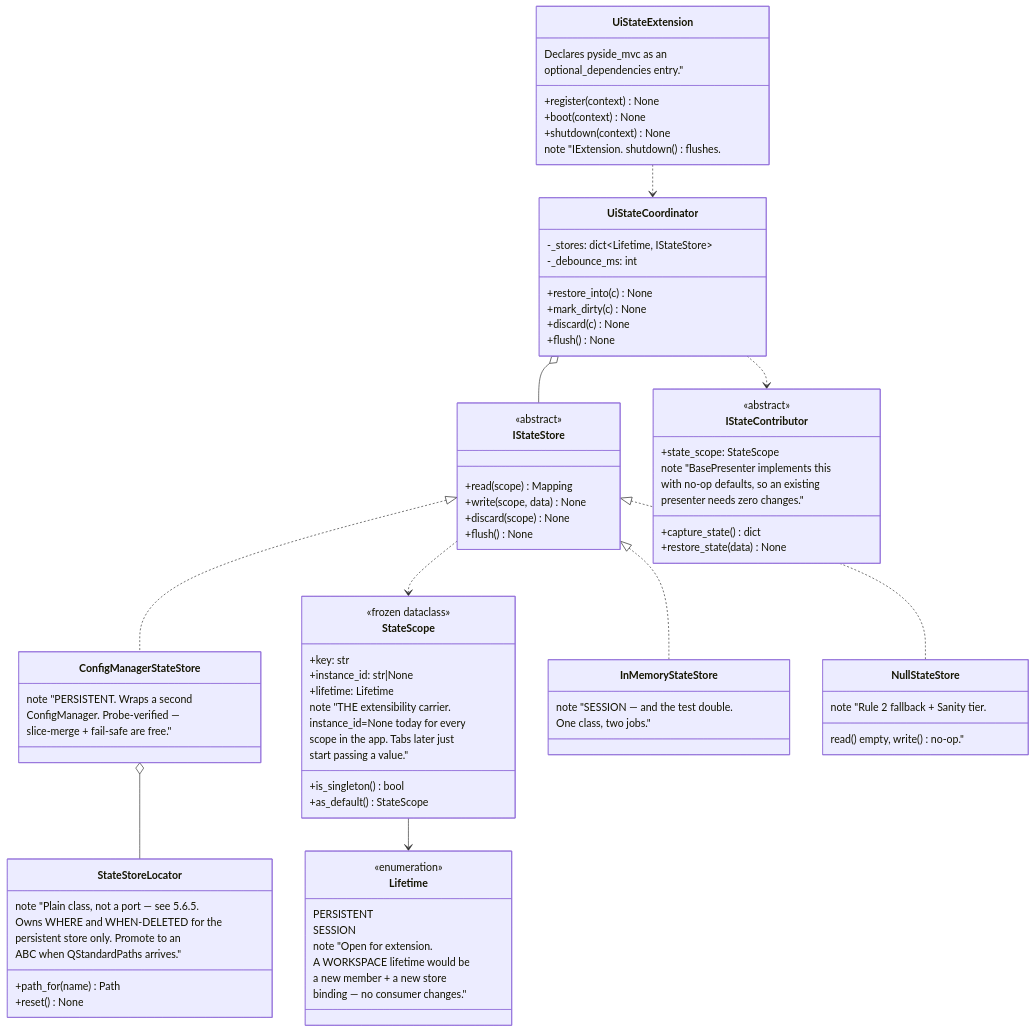
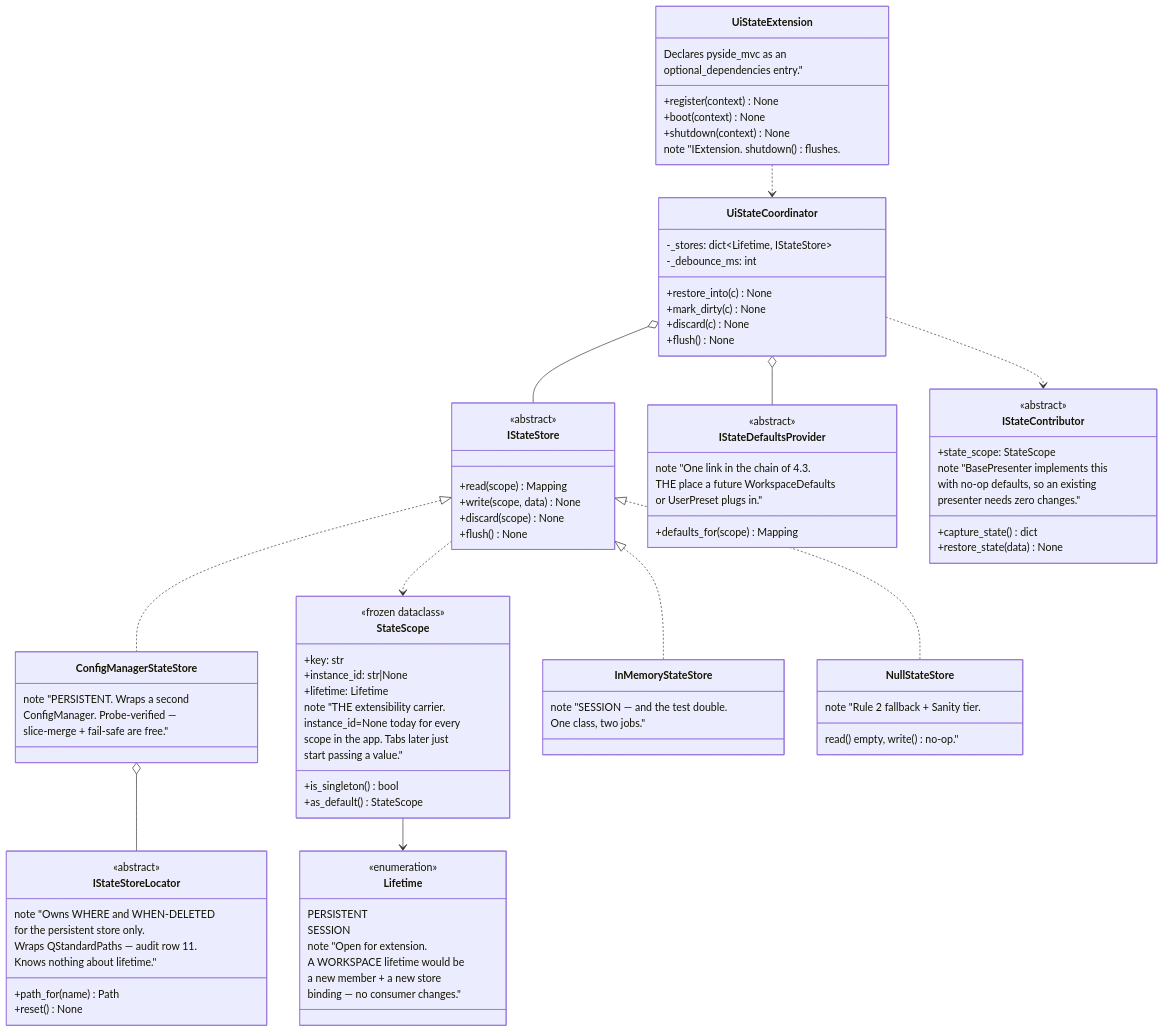
One commit to anhembedded/Sagittarius_Elite_Warrior changed the fourth of 5 diagrams in Tasks/epics/EPIC-010_ghi_nho_gia_tri_cuoi/design/DESIGN_2026-08-26_engine_state_extension.md. Above: the diagram before and after it, drawn with Mermaid. The commit also changed other lines of this file, not shown here.

First line of the commit message:
docs(epic): EPIC-010 -- reuse audit; restore the three abstractions cut last commit

````diff
--- a/Tasks/epics/EPIC-010_ghi_nho_gia_tri_cuoi/design/DESIGN_2026-08-26_engine_state_extension.md
+++ b/Tasks/epics/EPIC-010_ghi_nho_gia_tri_cuoi/design/DESIGN_2026-08-26_engine_state_extension.md
@@ -324,13 +324,22 @@
         read() empty, write() no-op."
     }
 
-    class StateStoreLocator {
+    class IStateStoreLocator {
+        <<abstract>>
         +path_for(name) Path
         +reset() None
-        note "Plain class, not a port — see 5.6.5.
-        Owns WHERE and WHEN-DELETED for the
-        persistent store only. Promote to an
-        ABC when QStandardPaths arrives."
+        note "Owns WHERE and WHEN-DELETED
+        for the persistent store only.
+        Wraps QStandardPaths — audit row 11.
+        Knows nothing about lifetime."
+    }
+
+    class IStateDefaultsProvider {
+        <<abstract>>
+        +defaults_for(scope) Mapping
+        note "One link in the chain of 4.3.
+        THE place a future WorkspaceDefaults
+        or UserPreset plugs in."
     }
 
     class IStateContributor {
@@ -368,6 +377,7 @@
     IStateStore ..> StateScope
     UiStateCoordinator o-- IStateStore
     UiStateCoordinator ..> IStateContributor
-    ConfigManagerStateStore o-- StateStoreLocator
+    ConfigManagerStateStore o-- IStateStoreLocator
+    UiStateCoordinator o-- IStateDefaultsProvider
     UiStateExtension ..> UiStateCoordinator
 ```
````
